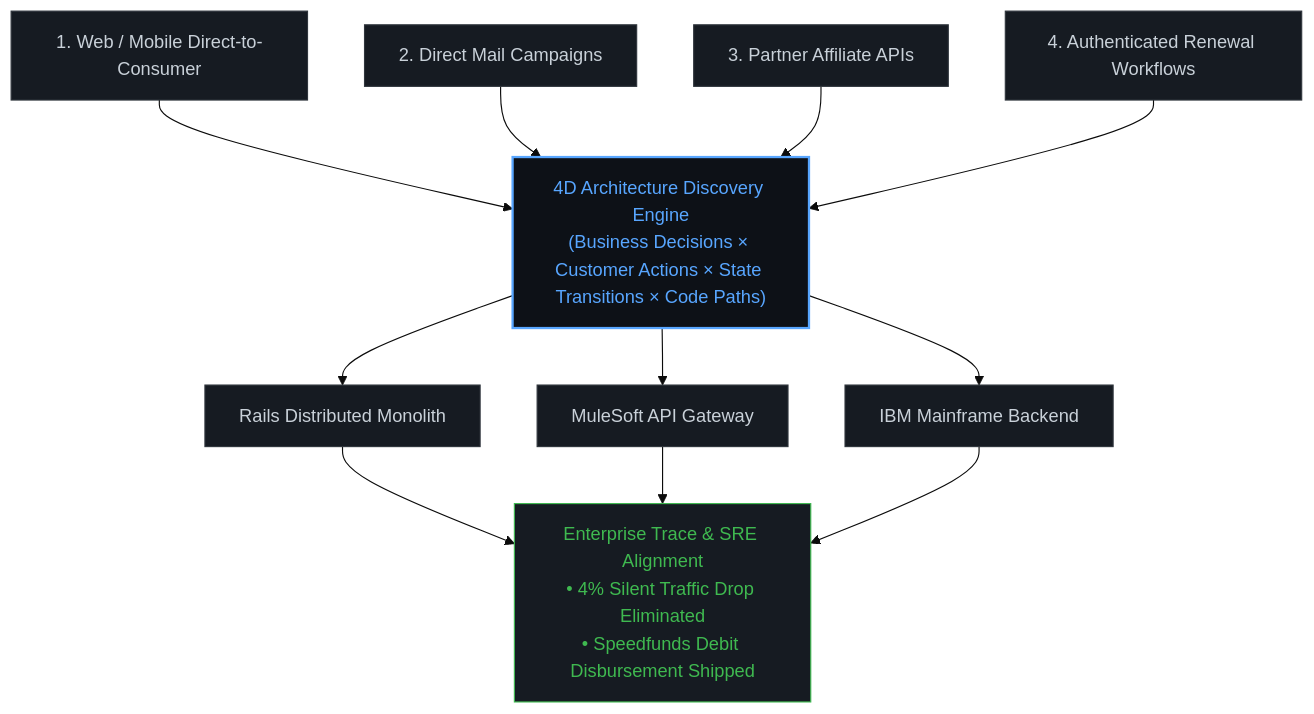
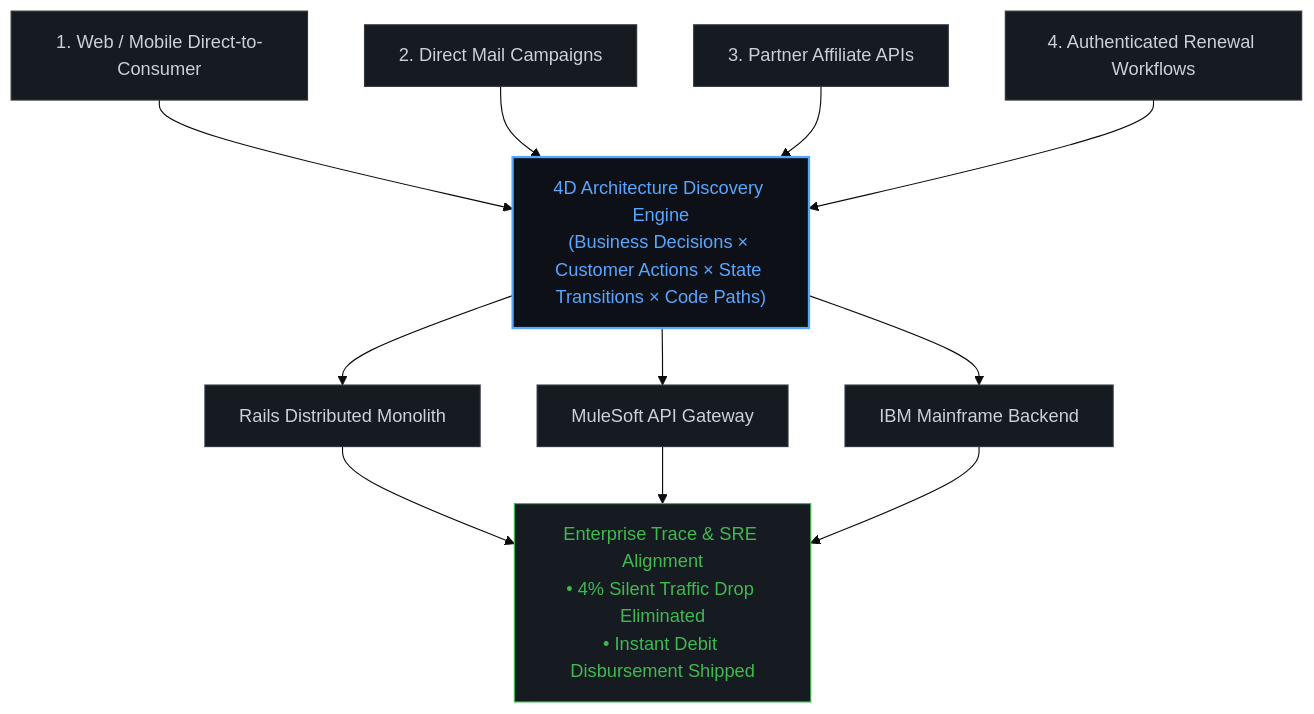
The second of 2 diagrams in docs/career-narrative-drop-in-engineering-ethos.md (just3ws/just3ws.github.io), drawn with Mermaid (base theme) before and after one commit. The commit also changed other lines of this file and 56 other files, not shown here.

````diff
--- a/docs/career-narrative-drop-in-engineering-ethos.md
+++ b/docs/career-narrative-drop-in-engineering-ethos.md
@@ -47,26 +47,26 @@
 ```mermaid
 graph TD
     classDef chan fill:#161b22,stroke:#30363d,stroke-width:1px,color:#c9d1d9;
     classDef hub fill:#0d1117,stroke:#58a6ff,stroke-width:2px,color:#58a6ff;
     classDef recov fill:#161b22,stroke:#3fb950,stroke-width:1px,color:#3fb950;
 
     C1["1. Web / Mobile Direct-to-Consumer"]:::chan
     C2["2. Direct Mail Campaigns"]:::chan
     C3["3. Partner Affiliate APIs"]:::chan
     C4["4. Authenticated Renewal Workflows"]:::chan
 
     HUB["4D Architecture Discovery Engine<br/>(Business Decisions × Customer Actions × State Transitions × Code Paths)"]:::hub
 
     C1 --> HUB
     C2 --> HUB
     C3 --> HUB
     C4 --> HUB
 
     HUB --> T1["Rails Distributed Monolith"]:::chan
     HUB --> T2["MuleSoft API Gateway"]:::chan
     HUB --> T3["IBM Mainframe Backend"]:::chan
 
-    T1 --> REC["Enterprise Trace & SRE Alignment<br/>• 4% Silent Traffic Drop Eliminated<br/>• Speedfunds Debit Disbursement Shipped"]:::recov
+    T1 --> REC["Enterprise Trace & SRE Alignment<br/>• 4% Silent Traffic Drop Eliminated<br/>• Instant Debit Disbursement Shipped"]:::recov
     T2 --> REC
     T3 --> REC
 ```
````
